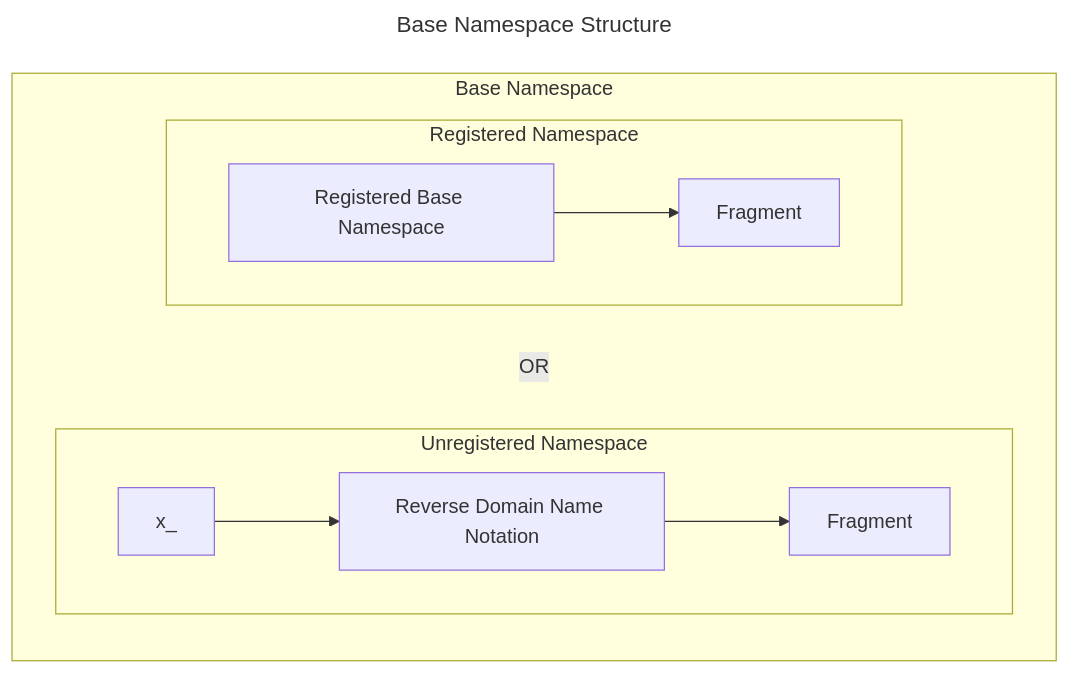
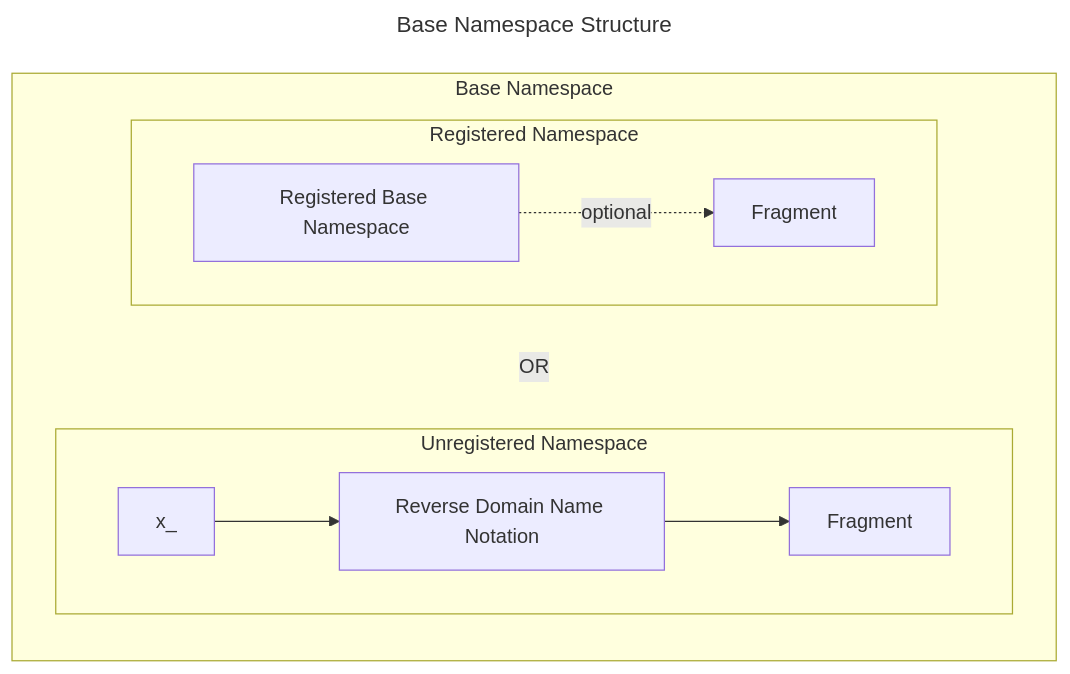
Before and after one commit to CERTCC/SSVC: the second of 3 diagrams in docs/reference/code/namespaces.md, drawn with Mermaid. The commit also changed other lines of this file, not shown here.

````diff
--- a/docs/reference/code/namespaces.md
+++ b/docs/reference/code/namespaces.md
@@ -35,24 +35,24 @@
 ```mermaid
 ---
 title: Base Namespace Structure
 ---
 flowchart LR
     
 subgraph base_ns[Base Namespace]
     direction TB
     subgraph unregistered[Unregistered Namespace]
         direction LR
         xpfx[x_]
         reverse_ns[Reverse Domain Name Notation]
         fragment[Fragment]
         xpfx --> reverse_ns --> fragment
     end
     subgraph registered[Registered Namespace]
         direction LR
         base_registered[Registered Base Namespace]
         base_fragment[Fragment]
-        base_registered --> base_fragment
+        base_registered -.->|optional| base_fragment
     end
     registered ~~~|OR| unregistered
 end
 ```
````
